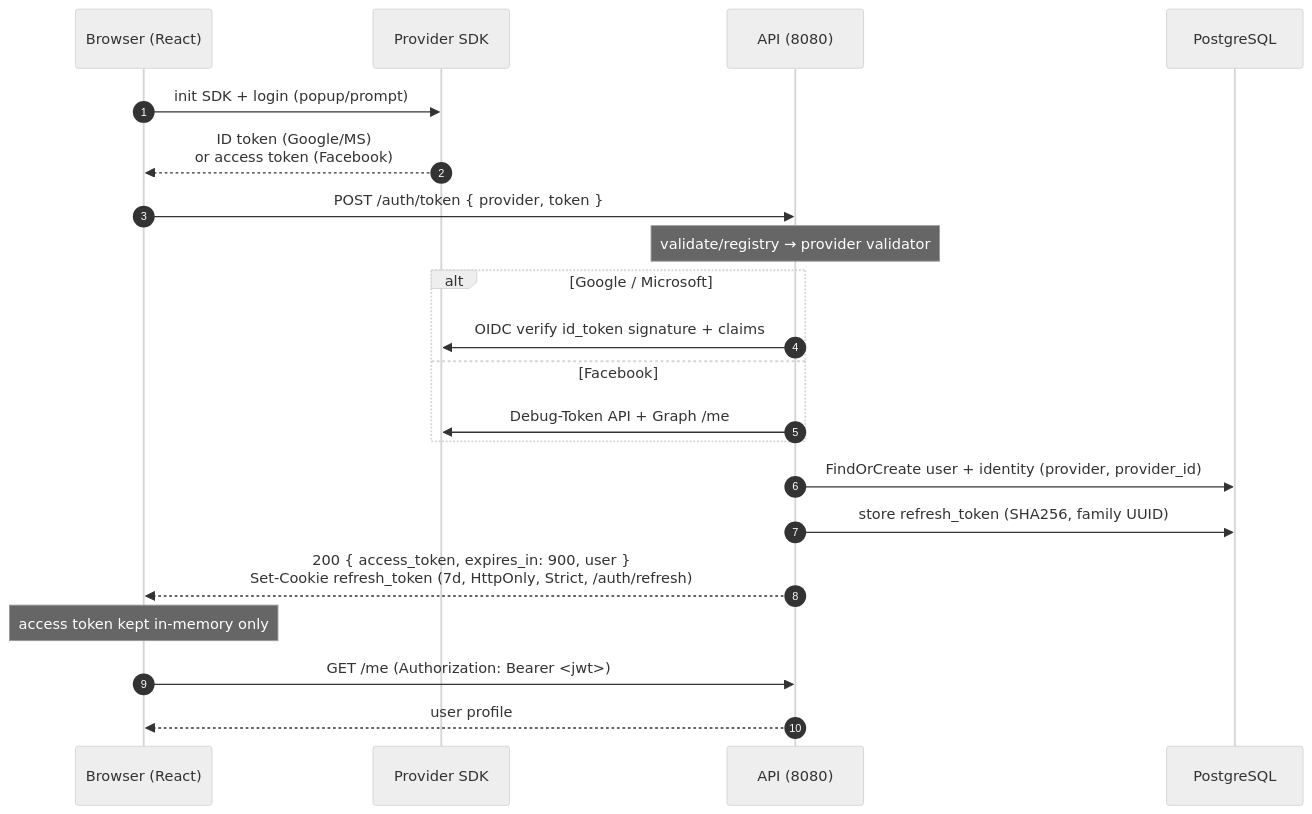
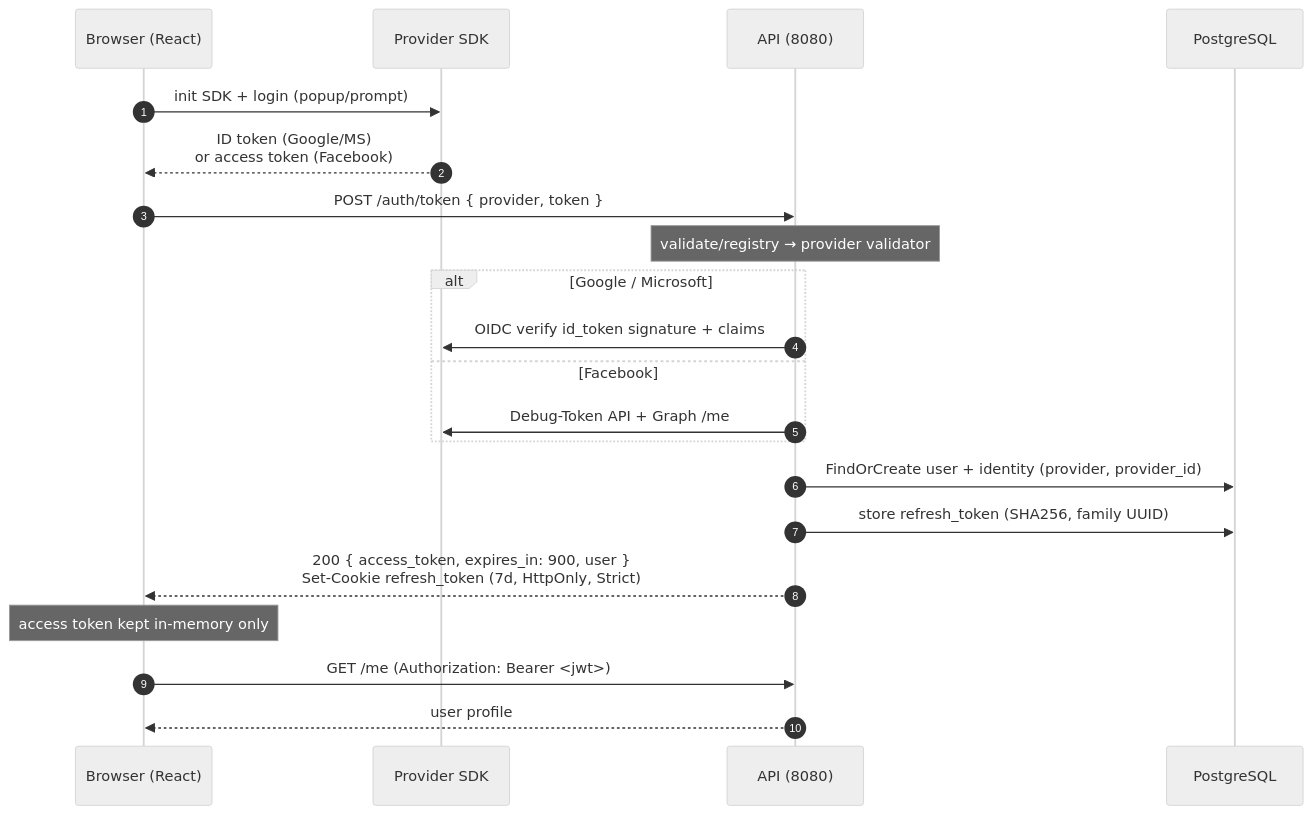
One commit to abdurahmon27/oidc-for-auth changed the second of 6 diagrams in docs/architecture-frontend-driven.md. Above: the diagram before and after it, drawn with Mermaid (neutral theme). The commit also changed other lines of this file and 5 other files, not shown here.

Commit message:
fix: change cookie path for refresh token

````diff
--- a/docs/architecture-frontend-driven.md
+++ b/docs/architecture-frontend-driven.md
@@ -59,24 +59,24 @@
 ```mermaid
 sequenceDiagram
     autonumber
     participant U as Browser (React)
     participant S as Provider SDK
     participant B as API (8080)
     participant DB as PostgreSQL
 
     U->>S: init SDK + login (popup/prompt)
     S-->>U: ID token (Google/MS)<br/>or access token (Facebook)
     U->>B: POST /auth/token { provider, token }
     Note over B: validate/registry → provider validator
     alt Google / Microsoft
         B->>S: OIDC verify id_token signature + claims
     else Facebook
         B->>S: Debug-Token API + Graph /me
     end
     B->>DB: FindOrCreate user + identity (provider, provider_id)
     B->>DB: store refresh_token (SHA256, family UUID)
-    B-->>U: 200 { access_token, expires_in: 900, user }<br/>Set-Cookie refresh_token (7d, HttpOnly, Strict, /auth/refresh)
+    B-->>U: 200 { access_token, expires_in: 900, user }<br/>Set-Cookie refresh_token (7d, HttpOnly, Strict)
     Note over U: access token kept in-memory only
     U->>B: GET /me (Authorization: Bearer <jwt>)
     B-->>U: user profile
 ```
````
